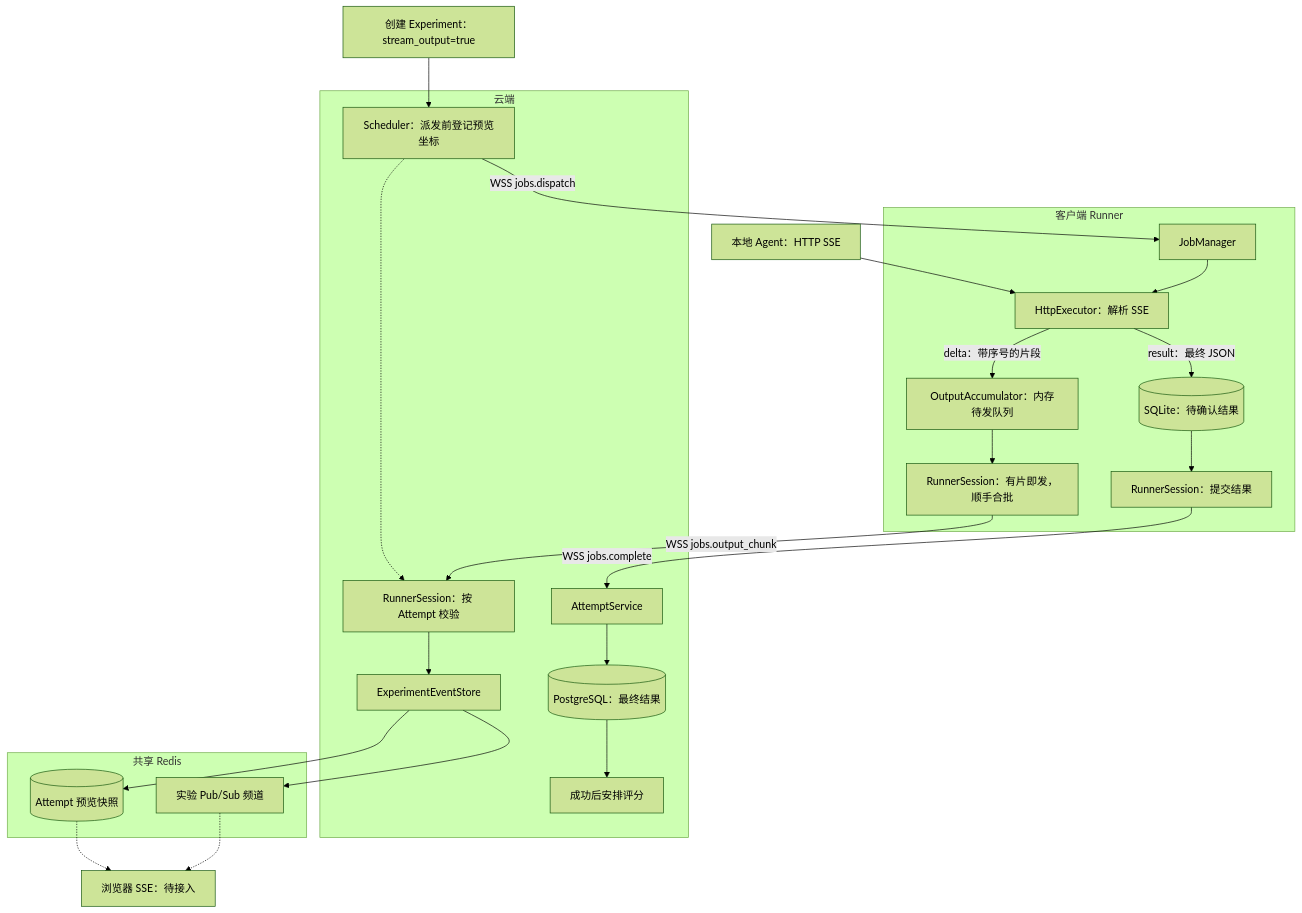
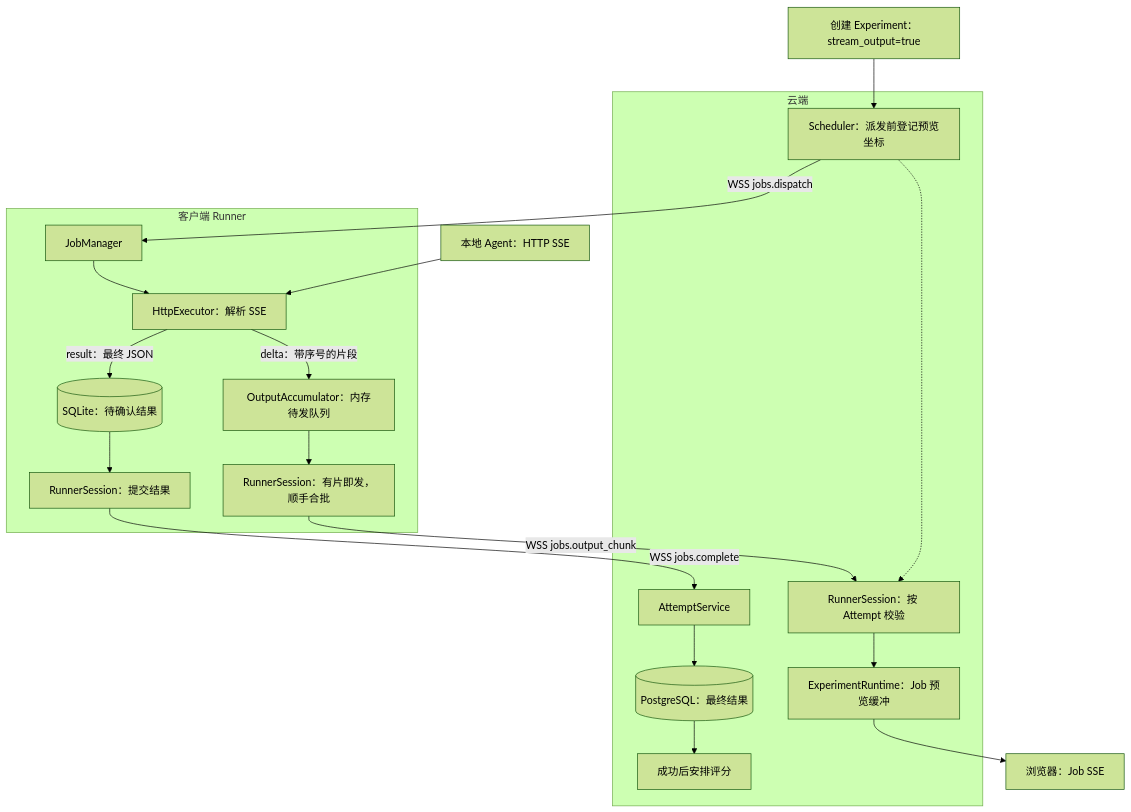
Before and after one commit to qinghuan136/EvalForge: the diagram in docs/Agent流式输出设计.md, drawn with Mermaid (forest theme). The commit also changed other lines of this file and 52 other files, not shown here.

````diff
--- a/docs/Agent流式输出设计.md
+++ b/docs/Agent流式输出设计.md
@@ -7,29 +7,22 @@
 ```mermaid
 flowchart TD
     Create["创建 Experiment：stream_output=true"] --> Scheduler
     Agent["本地 Agent：HTTP SSE"] --> Http
     subgraph Client["客户端 Runner"]
         Job["JobManager"] --> Http["HttpExecutor：解析 SSE"]
         Http -->|"delta：带序号的片段"| Buffer["OutputAccumulator：内存待发队列"]
         Buffer --> Report["RunnerSession：有片即发，顺手合批"]
         Http -->|"result：最终 JSON"| SQLite[("SQLite：待确认结果")]
         SQLite --> Upload["RunnerSession：提交结果"]
     end
     subgraph Cloud["云端"]
         Scheduler["Scheduler：派发前登记预览坐标"] -->|"WSS jobs.dispatch"| Job
         Scheduler -.-> Session["RunnerSession：按 Attempt 校验"]
-        Session --> Hub["ExperimentEventStore"]
+        Session --> BufferJob["ExperimentRuntime：Job 预览缓冲"]
         Attempt["AttemptService"] --> PG[("PostgreSQL：最终结果")]
         PG --> Eval["成功后安排评分"]
     end
-    subgraph Redis["共享 Redis"]
-        Snapshot[("Attempt 预览快照")]
-        PubSub["实验 Pub/Sub 频道"]
-    end
     Report -->|"WSS jobs.output_chunk"| Session
     Upload -->|"WSS jobs.complete"| Attempt
-    Hub --> Snapshot
-    Hub --> PubSub
-    Snapshot -.-> Browser["浏览器 SSE：待接入"]
-    PubSub -.-> Browser
+    BufferJob --> Browser["浏览器：Job SSE"]
 ```
````
